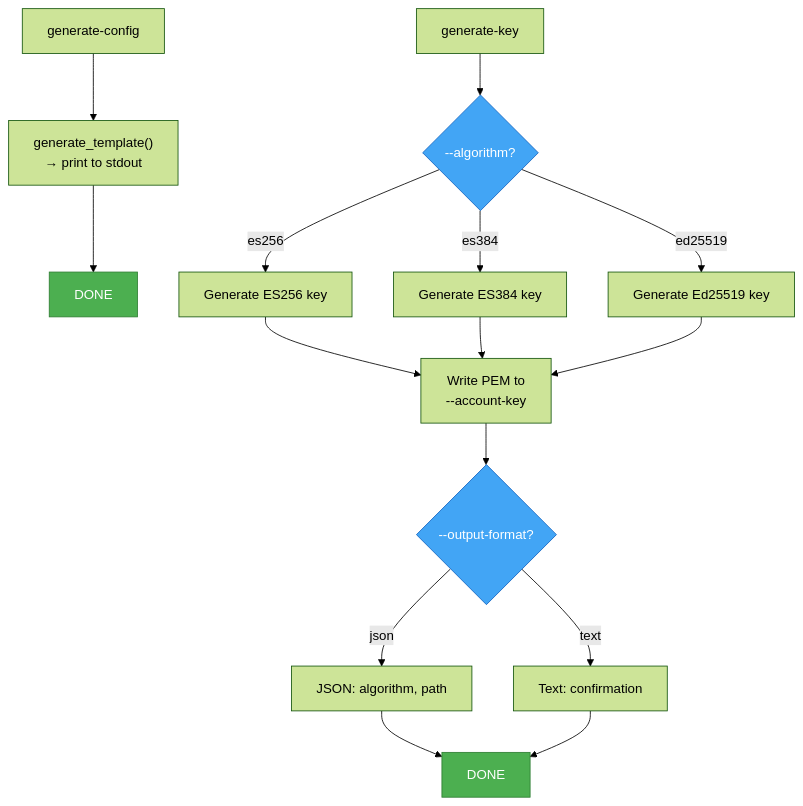
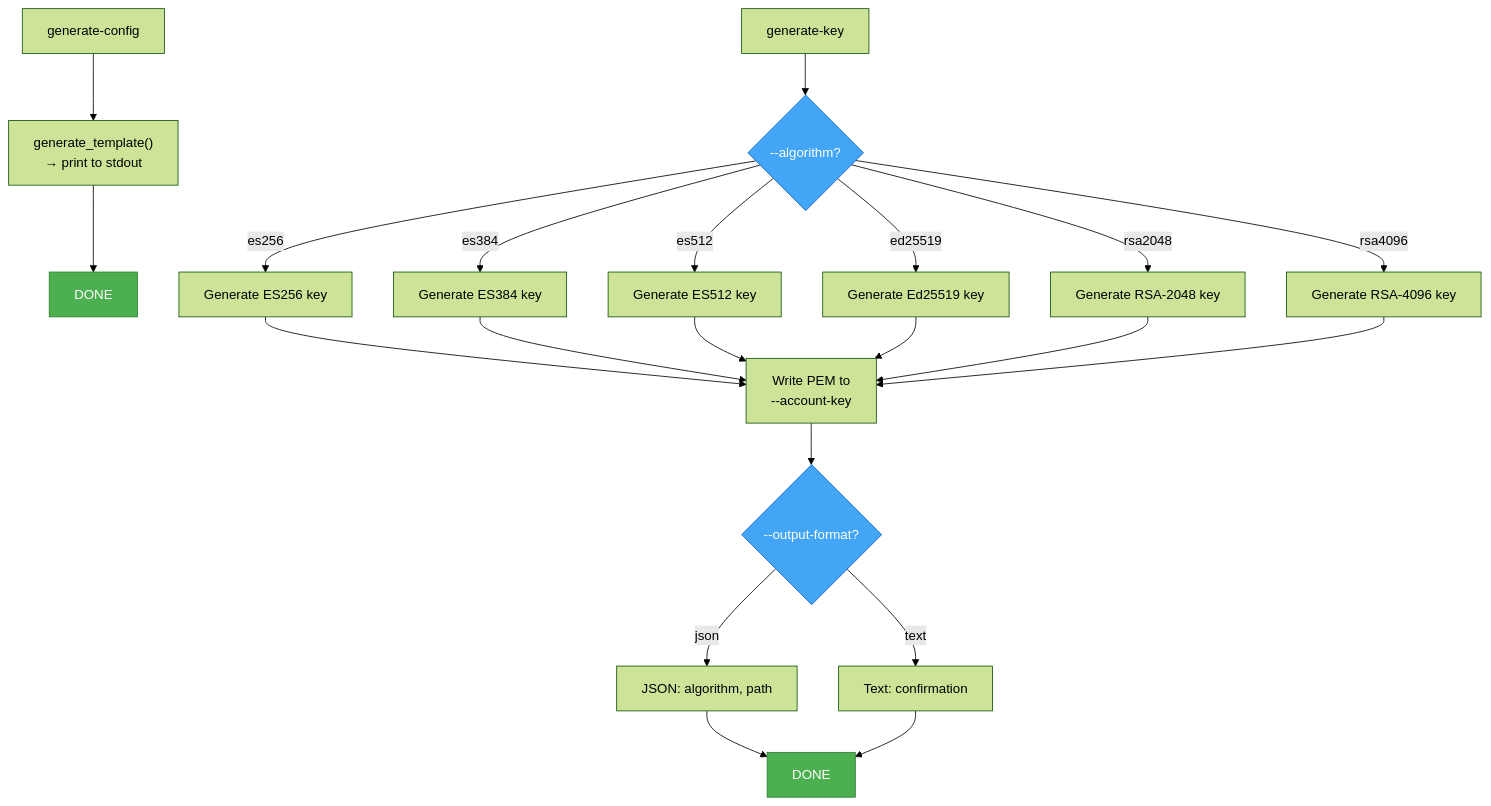
One commit to andrico21/acme-client-rs changed the third of 8 diagrams in PARAMETER-FLOW.md. Above: the diagram before and after it, drawn with Mermaid (forest theme). The commit also changed 1 other file, not shown here.

Commit message:
docs: fix two stale references in flow and test docs
PARAMETER-FLOW.md: generate-key branch listed only es256/es384/ed25519.
src/jws.rs supports six algorithms; add es512, rsa2048, rsa4096 so the
diagram matches the actual --algorithm options.

TESTING.md: preface promises 'All commands below use --insecure' but the
plain alias did not include it, leaving every TC-* example technically
non-runnable against Pebble. Bake --insecure into the alias (and the
PowerShell equivalent) so the promise holds without editing dozens of
individual command lines.

````diff
--- a/PARAMETER-FLOW.md
+++ b/PARAMETER-FLOW.md
@@ -246,25 +246,31 @@
 ```mermaid
 graph TD
     %% === generate-config (trivial) ===
     GC["generate-config"] --> GC_OUT["generate_template()<br/>→ print to stdout"]
     GC_OUT --> GC_DONE["DONE"]
 
     %% === generate-key ===
     GK["generate-key"] --> GK_ALG{"--algorithm?"}
     GK_ALG -- es256 --> GK_GEN["Generate ES256 key"]
     GK_ALG -- es384 --> GK_GEN384["Generate ES384 key"]
+    GK_ALG -- es512 --> GK_GEN512["Generate ES512 key"]
     GK_ALG -- ed25519 --> GK_GENED["Generate Ed25519 key"]
+    GK_ALG -- rsa2048 --> GK_GENR2["Generate RSA-2048 key"]
+    GK_ALG -- rsa4096 --> GK_GENR4["Generate RSA-4096 key"]
     GK_GEN --> GK_WRITE["Write PEM to<br/>--account-key"]
     GK_GEN384 --> GK_WRITE
+    GK_GEN512 --> GK_WRITE
     GK_GENED --> GK_WRITE
+    GK_GENR2 --> GK_WRITE
+    GK_GENR4 --> GK_WRITE
     GK_WRITE --> GK_FMT{"--output-format?"}
     GK_FMT -- json --> GK_JSON["JSON: algorithm, path"]
     GK_FMT -- text --> GK_TEXT["Text: confirmation"]
     GK_JSON --> GK_DONE["DONE"]
     GK_TEXT --> GK_DONE
 
     classDef success fill:#4caf50,color:white,stroke:#2e7d32
     classDef decision fill:#42a5f5,color:white,stroke:#1565c0
     class GC_DONE,GK_DONE success
     class GK_ALG,GK_FMT decision
 ```
````
